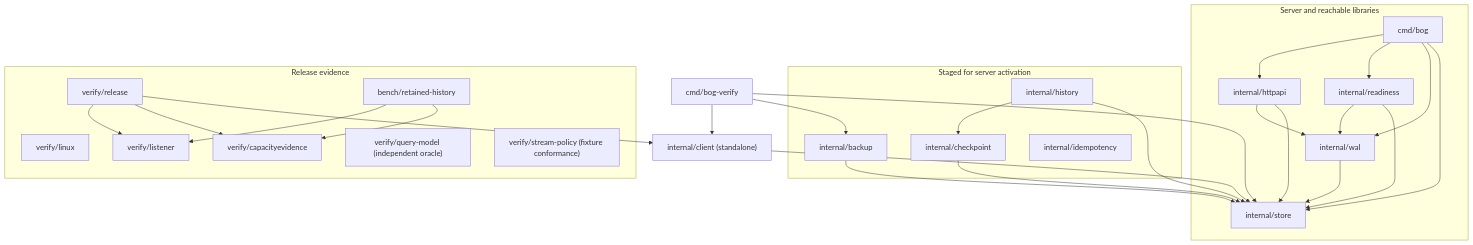
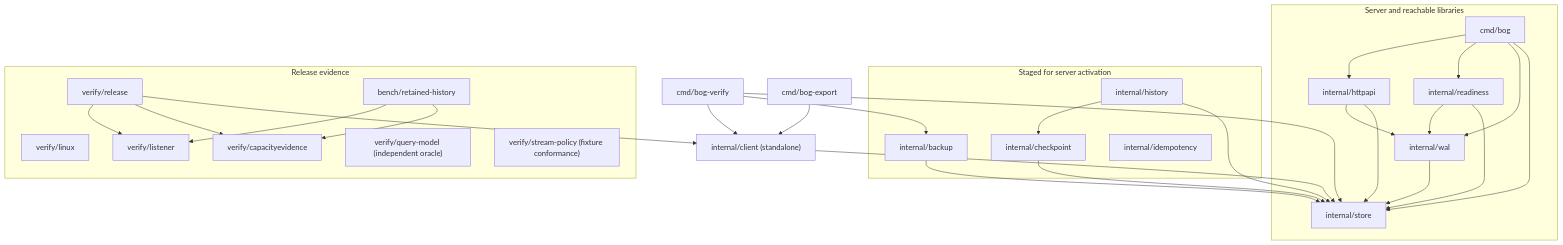
Before and after one commit to tflynn3/bog: the diagram in docs/architecture/SYSTEM.md, drawn with Mermaid. The commit also changed other lines of this file and 5 other files, not shown here.

````diff
--- a/docs/architecture/SYSTEM.md
+++ b/docs/architecture/SYSTEM.md
@@ -34,49 +34,51 @@
 ```mermaid
 flowchart TD
     subgraph Runtime["Server and reachable libraries"]
         Cmd["cmd/bog"]
         HTTP["internal/httpapi"]
         Ready["internal/readiness"]
         WAL["internal/wal"]
         Store["internal/store"]
         Cmd --> HTTP
         Cmd --> Ready
         Cmd --> WAL
         Cmd --> Store
         HTTP --> WAL
         HTTP --> Store
         Ready --> WAL
         Ready --> Store
         WAL --> Store
     end
     Operator["cmd/bog-verify"]
+    Export["cmd/bog-export"]
     subgraph Staged["Staged for server activation"]
         Checkpoint["internal/checkpoint"]
         History["internal/history"]
         Backup["internal/backup"]
         Idempotency["internal/idempotency"]
         History --> Checkpoint
     end
     Client["internal/client (standalone)"]
     Checkpoint --> Store
     History --> Store
     Backup --> Store
     Operator --> Backup
     Operator --> Client
     Operator --> Store
+    Export --> Client
     Client --> Store
     subgraph Evidence["Release evidence"]
         Admission["verify/release"]
         Durability["verify/linux"]
         Capacity["bench/retained-history"]
         CapacityEvidence["verify/capacityevidence"]
         Listener["verify/listener"]
         Model["verify/query-model (independent oracle)"]
         StreamPolicy["verify/stream-policy (fixture conformance)"]
         Admission --> Listener
         Capacity --> Listener
         Admission --> CapacityEvidence
         Capacity --> CapacityEvidence
     end
     Admission --> Client
 ```
````
